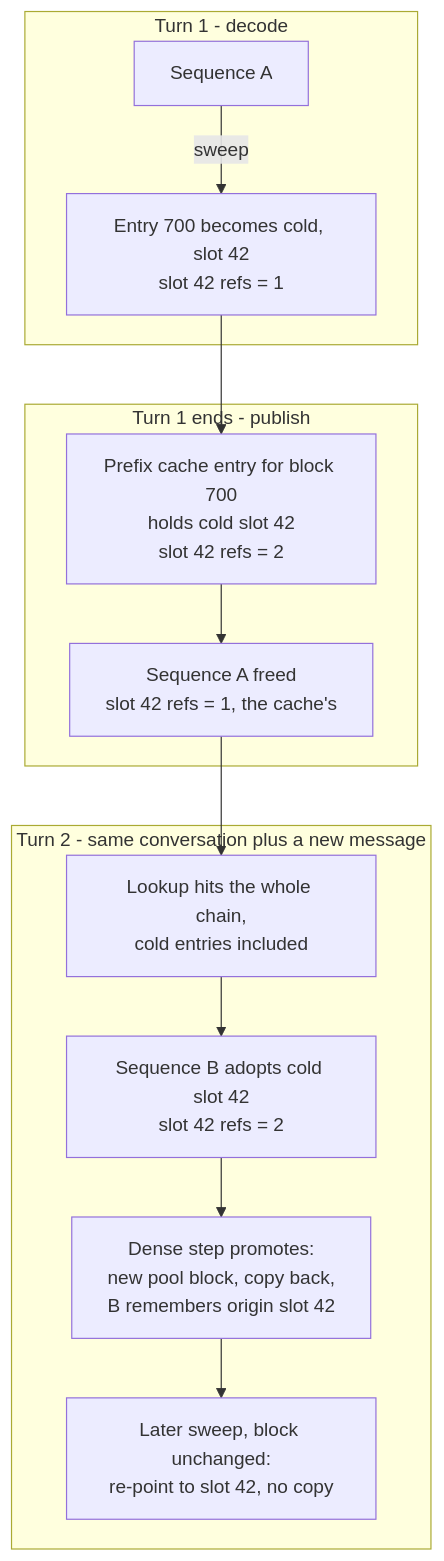
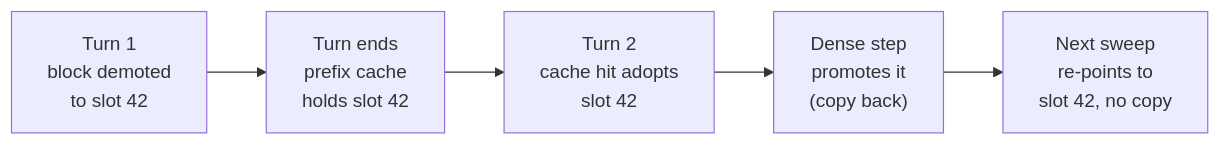
The second of 2 diagrams in README.md (Code000-211/RadianceMemory), drawn with Mermaid before and after one commit. The commit also changed other lines of this file and 5 other files, not shown here.

First line of the commit message:
README: paper figures instead of ASCII diagrams, shorter and scannable text

````diff
--- a/README.md
+++ b/README.md
@@ -341,24 +295,7 @@
 ```mermaid
-flowchart TB
-    subgraph S1["Turn 1 - decode"]
-        A1["Sequence A"]
-        C1["Entry 700 becomes cold, slot 42<br/>slot 42 refs = 1"]
-    end
-    subgraph S2["Turn 1 ends - publish"]
-        PC["Prefix cache entry for block 700<br/>holds cold slot 42<br/>slot 42 refs = 2"]
-        R1["Sequence A freed<br/>slot 42 refs = 1, the cache's"]
-    end
-    subgraph S3["Turn 2 - same conversation plus a new message"]
-        L["Lookup hits the whole chain,<br/>cold entries included"]
-        AD["Sequence B adopts cold slot 42<br/>slot 42 refs = 2"]
-        PR["Dense step promotes:<br/>new pool block, copy back,<br/>B remembers origin slot 42"]
-        RD["Later sweep, block unchanged:<br/>re-point to slot 42, no copy"]
-    end
-    A1 -->|sweep| C1
-    C1 --> PC
-    PC --> R1
-    R1 --> L
-    L --> AD
-    AD --> PR
-    PR --> RD
+flowchart LR
+    T1["Turn 1<br/>block demoted<br/>to slot 42"] --> P["Turn ends<br/>prefix cache<br/>holds slot 42"]
+    P --> T2["Turn 2<br/>cache hit adopts<br/>slot 42"]
+    T2 --> PR["Dense step<br/>promotes it<br/>(copy back)"]
+    PR --> RP["Next sweep<br/>re-points to<br/>slot 42, no copy"]
 ```
````
